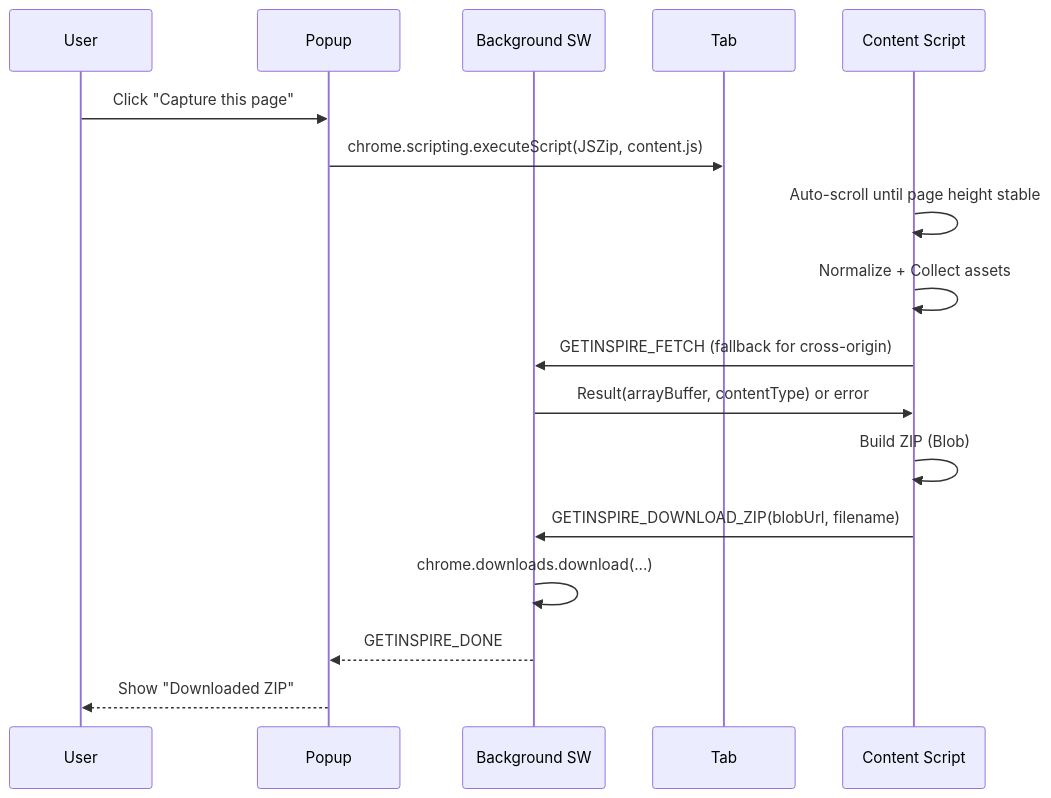
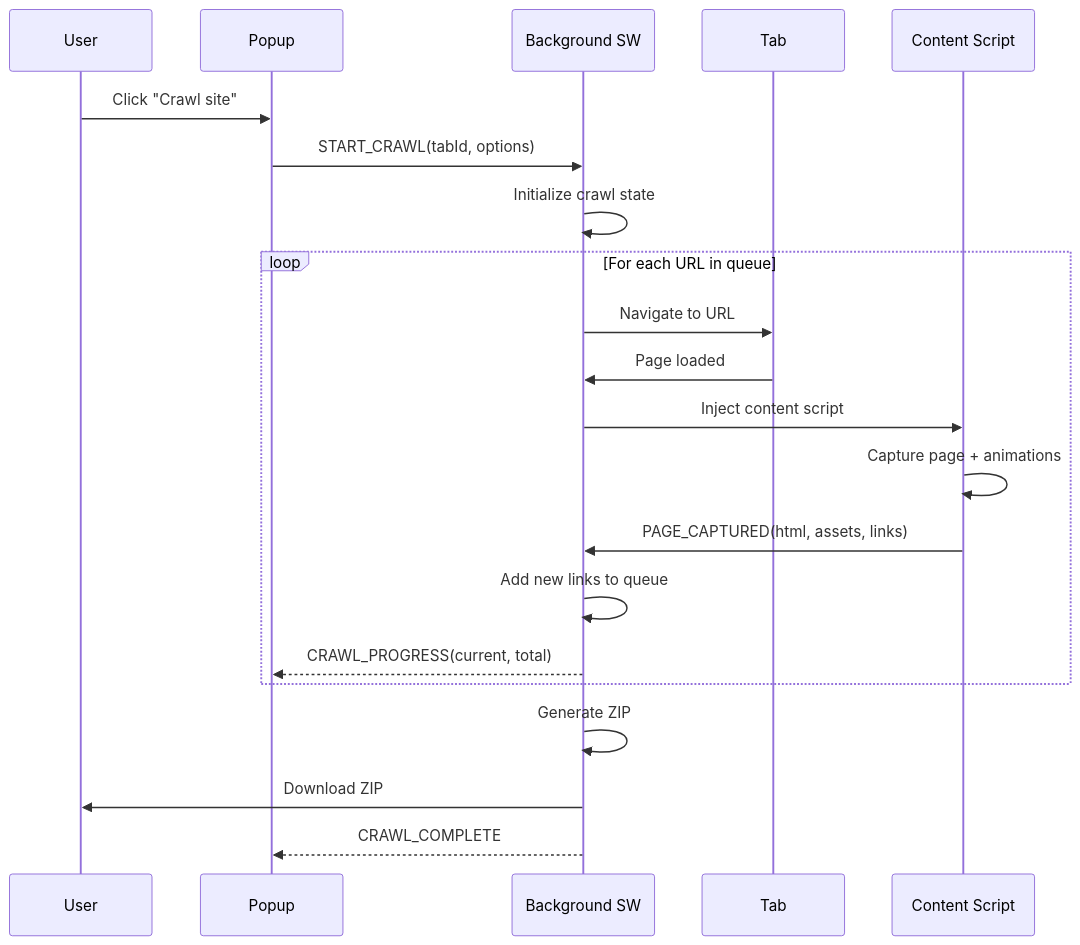
Before and after one commit to vikast908/SnapSite: the fourth of 4 diagrams in README.md, drawn with Mermaid. The commit also changed other lines of this file and 12 other files, not shown here.

First line of the commit message:
feat: GetInspire v2.0 - Multi-page crawling & enhanced animation capture

````diff
--- a/README.md
+++ b/README.md
@@ -134,20 +212,24 @@
 ```mermaid
 sequenceDiagram
   participant U as User
   participant P as Popup
   participant B as Background SW
   participant T as Tab
   participant C as Content Script
 
-  U->>P: Click "Capture this page"
-  P->>T: chrome.scripting.executeScript(JSZip, content.js)
-  C->>C: Auto-scroll until page height stable
-  C->>C: Normalize + Collect assets
-  C->>B: GETINSPIRE_FETCH (fallback for cross-origin)
-  B->>C: Result(arrayBuffer, contentType) or error
-  C->>C: Build ZIP (Blob)
-  C->>B: GETINSPIRE_DOWNLOAD_ZIP(blobUrl, filename)
-  B->>B: chrome.downloads.download(...)
-  B-->>P: GETINSPIRE_DONE
-  P-->>U: Show "Downloaded ZIP"
+  U->>P: Click "Crawl site"
+  P->>B: START_CRAWL(tabId, options)
+  B->>B: Initialize crawl state
+  loop For each URL in queue
+    B->>T: Navigate to URL
+    T->>B: Page loaded
+    B->>C: Inject content script
+    C->>C: Capture page + animations
+    C->>B: PAGE_CAPTURED(html, assets, links)
+    B->>B: Add new links to queue
+    B-->>P: CRAWL_PROGRESS(current, total)
+  end
+  B->>B: Generate ZIP
+  B->>U: Download ZIP
+  B-->>P: CRAWL_COMPLETE
 ```
````
